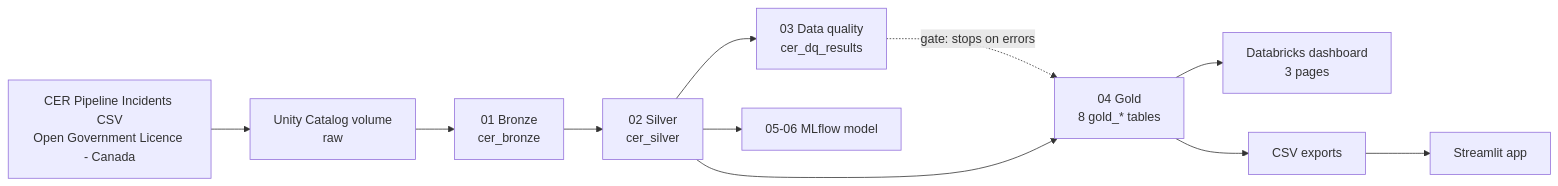
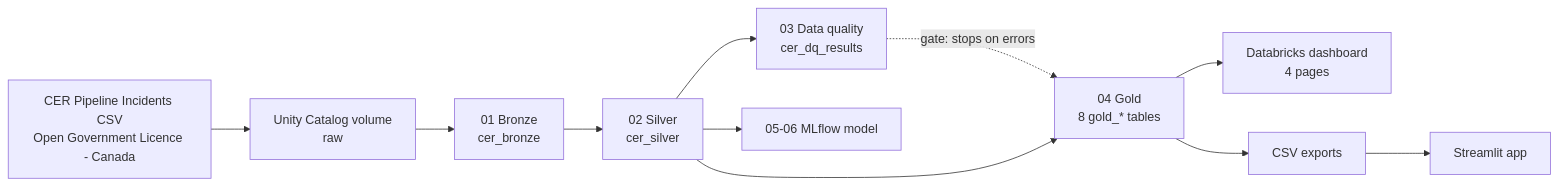
One commit to joneslokouba-ui/ai-engineering-portfolio changed the diagram in module-13-databricks-medallion-mlflow/README.md. Above: the diagram before and after it, drawn with Mermaid. The commit also changed other lines of this file and 3 other files, not shown here.

````diff
--- a/module-13-databricks-medallion-mlflow/README.md
+++ b/module-13-databricks-medallion-mlflow/README.md
@@ -20,13 +20,13 @@
 ```mermaid
 flowchart LR
     A["CER Pipeline Incidents CSV<br/>Open Government Licence - Canada"] --> B["Unity Catalog volume<br/>raw"]
     B --> C["01 Bronze<br/>cer_bronze"]
     C --> D["02 Silver<br/>cer_silver"]
     D --> E["03 Data quality<br/>cer_dq_results"]
     E -. "gate: stops on errors" .-> F
     D --> F["04 Gold<br/>8 gold_* tables"]
-    F --> G["Databricks dashboard<br/>3 pages"]
+    F --> G["Databricks dashboard<br/>4 pages"]
     F --> H["CSV exports"]
     H --> I["Streamlit app"]
     D --> J["05-06 MLflow model"]
 ```
````
